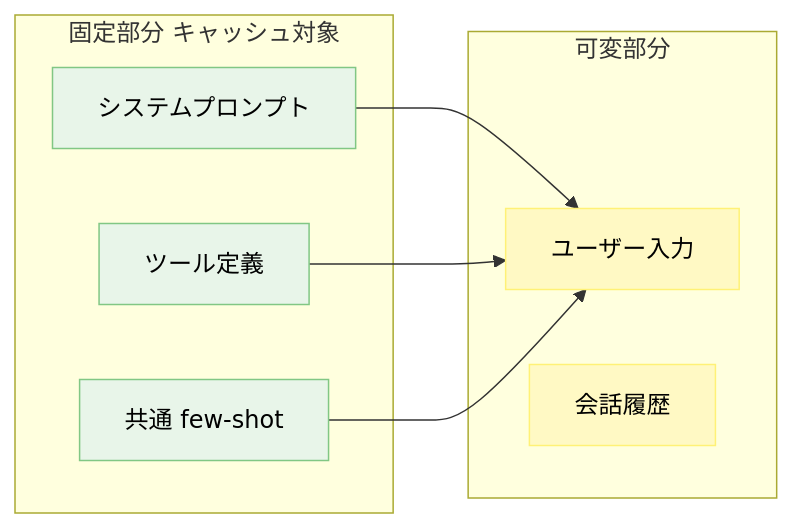
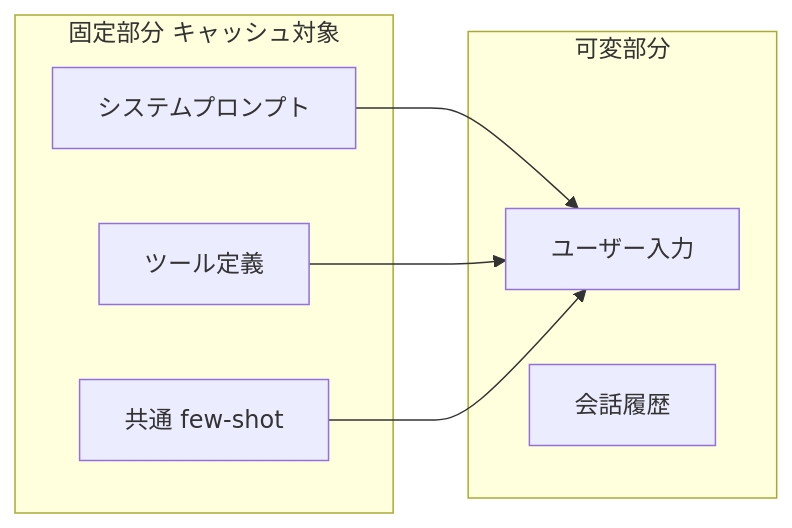
One commit to dinekt/dinekt-wiki changed the diagram in docs/techniques/プロンプトキャッシュを壊さない書き方.md. Above: the diagram before and after it, drawn with Mermaid. The commit also changed other lines of this file and 70 other files, not shown here.

First line of the commit message:
fix(mermaid): strip all inline styling, rely on theme

````diff
--- a/docs/techniques/プロンプトキャッシュを壊さない書き方.md
+++ b/docs/techniques/プロンプトキャッシュを壊さない書き方.md
@@ -23,21 +23,16 @@
 ```mermaid
 flowchart LR
     subgraph 固定部分 キャッシュ対象
       A[システムプロンプト]
       B[ツール定義]
       C[共通 few-shot]
     end
     subgraph 可変部分
       D[ユーザー入力]
       E[会話履歴]
     end
     A --> D
     B --> D
     C --> D
 
-    style A fill:#e8f5e9,stroke:#81c784,color:#000
-    style B fill:#e8f5e9,stroke:#81c784,color:#000
-    style C fill:#e8f5e9,stroke:#81c784,color:#000
-    style D fill:#fff9c4,stroke:#fff176,color:#000
-    style E fill:#fff9c4,stroke:#fff176,color:#000
 ```
````
